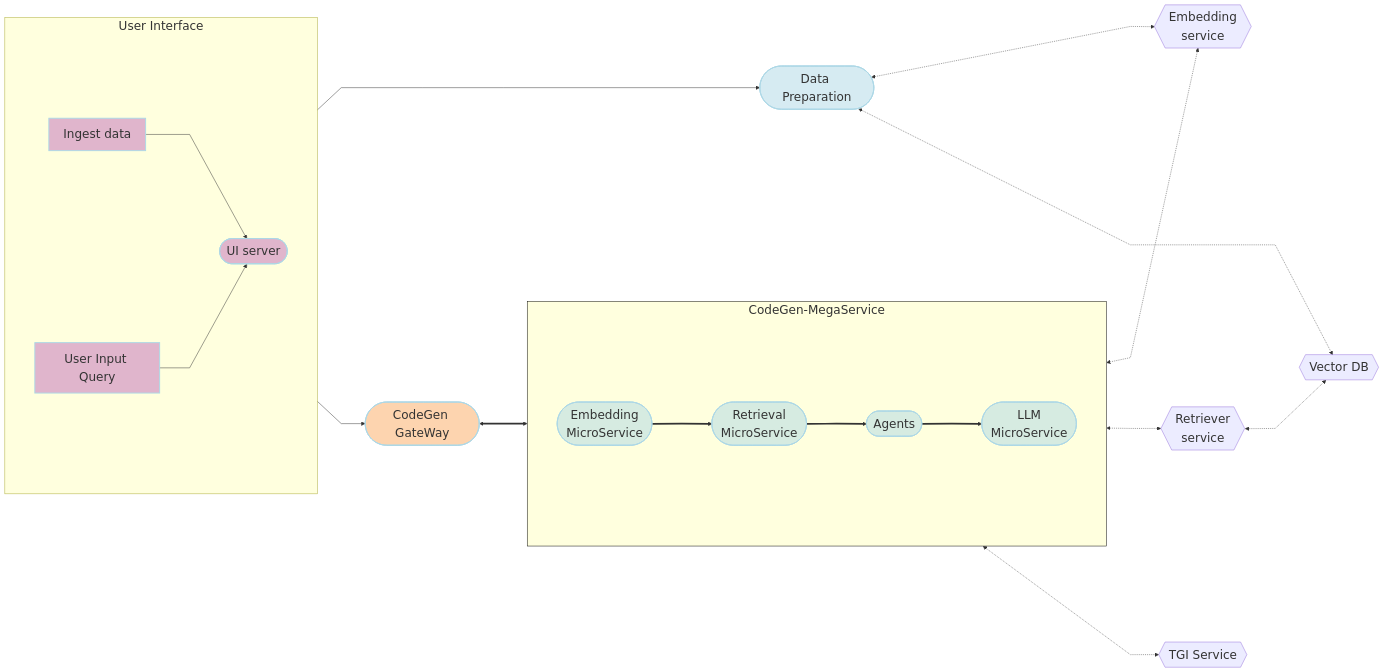
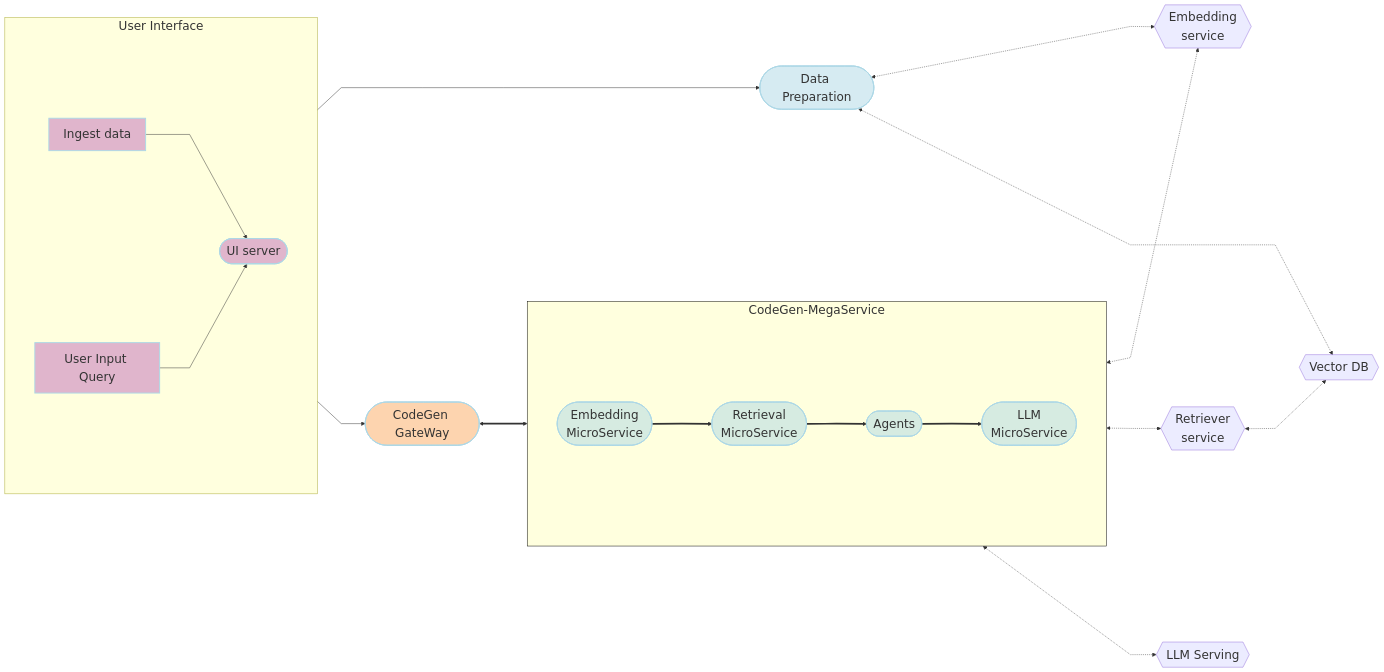
The diagram in CodeGen/README.md (opea-project/GenAIExamples), drawn with Mermaid before and after one commit. The commit also changed other lines of this file and 7 other files, not shown here.

````diff
--- a/CodeGen/README.md
+++ b/CodeGen/README.md
@@ -23,68 +37,67 @@
 ```mermaid
 ---
 config:
   flowchart:
     nodeSpacing: 400
     rankSpacing: 100
     curve: linear
   themeVariables:
     fontSize: 25px
 ---
 flowchart LR
     %% Colors %%
     classDef blue fill:#ADD8E6,stroke:#ADD8E6,stroke-width:2px,fill-opacity:0.5
     classDef orange fill:#FBAA60,stroke:#ADD8E6,stroke-width:2px,fill-opacity:0.5
     classDef orchid fill:#C26DBC,stroke:#ADD8E6,stroke-width:2px,fill-opacity:0.5
     classDef invisible fill:transparent,stroke:transparent;
     style CodeGen-MegaService stroke:#000000
     %% Subgraphs %%
     subgraph CodeGen-MegaService["CodeGen-MegaService"]
         direction LR
         EM([Embedding<br>MicroService]):::blue
         RET([Retrieval<br>MicroService]):::blue
         RER([Agents]):::blue
         LLM([LLM<br>MicroService]):::blue
     end
     subgraph User Interface
         direction LR
         a([Submit Query Tab]):::orchid
         UI([UI server]):::orchid
         Ingest([Manage Resources]):::orchid
     end
 
     CLIP_EM{{Embedding<br>service}}
     VDB{{Vector DB}}
     V_RET{{Retriever<br>service}}
     Ingest{{Ingest data}}
     DP([Data Preparation]):::blue
-    LLM_gen{{TGI Service}}
+    LLM_gen{{LLM Serving}}
     GW([CodeGen GateWay]):::orange
 
     %% Data Preparation flow
-    %% Ingest data flow
     direction LR
     Ingest[Ingest data] --> UI
     UI --> DP
     DP <-.-> CLIP_EM
 
     %% Questions interaction
     direction LR
     a[User Input Query] --> UI
     UI --> GW
     GW <==> CodeGen-MegaService
     EM ==> RET
     RET ==> RER
     RER ==> LLM
 
 
     %% Embedding service flow
     direction LR
     EM <-.-> CLIP_EM
     RET <-.-> V_RET
     LLM <-.-> LLM_gen
 
     direction TB
     %% Vector DB interaction
     V_RET <-.->VDB
     DP <-.->VDB
 ```
````
